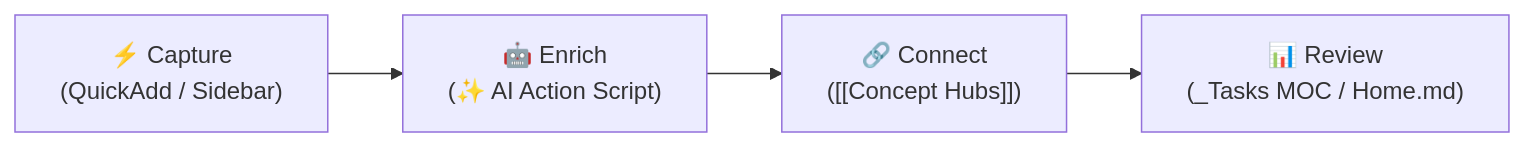
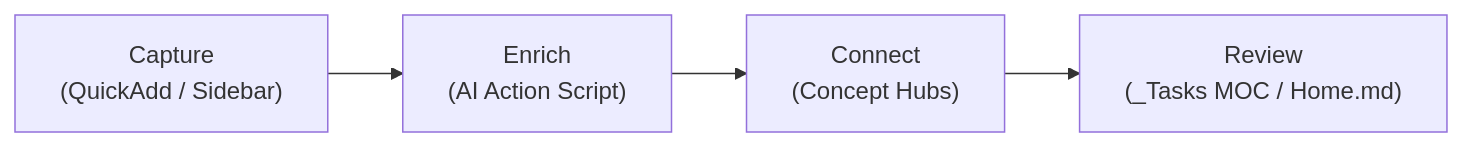
One commit to lowqualityloey/loey_space changed the first of 3 diagrams in 06-Resources/Guides/Second Brain Guide.md. Above: the diagram before and after it, drawn with Mermaid. The commit also changed other lines of this file and 14 other files, not shown here.

````diff
--- a/06-Resources/Guides/Second Brain Guide.md
+++ b/06-Resources/Guides/Second Brain Guide.md
@@ -25,6 +25,6 @@
 ```mermaid
 flowchart LR
-    A["⚡ Capture<br/>(QuickAdd / Sidebar)"] --> B["🤖 Enrich<br/>(✨ AI Action Script)"]
-    B --> C["🔗 Connect<br/>([[Concept Hubs]])"]
-    C --> D["📊 Review<br/>(_Tasks MOC / Home.md)"]
+    A["Capture<br/>(QuickAdd / Sidebar)"] --> B["Enrich<br/>(AI Action Script)"]
+    B --> C["Connect<br/>(Concept Hubs)"]
+    C --> D["Review<br/>(_Tasks MOC / Home.md)"]
 ```
````
